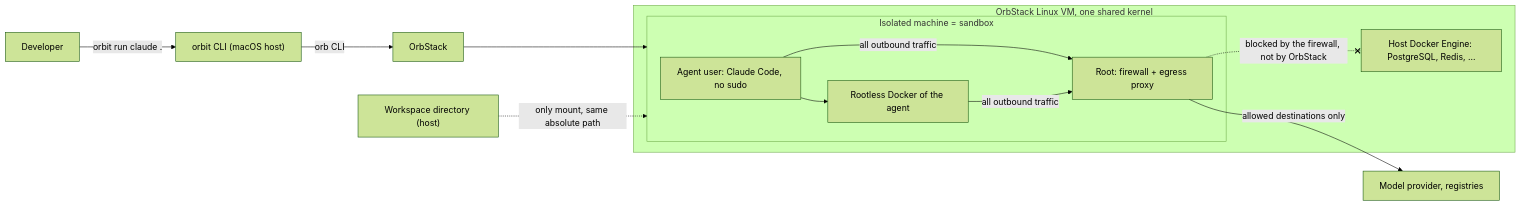
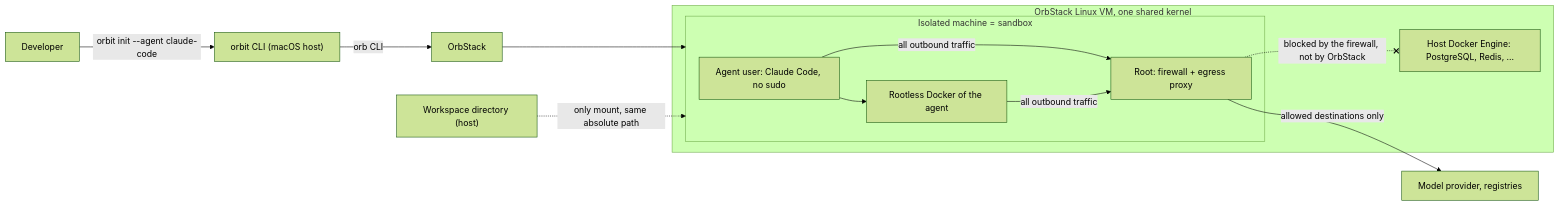
One commit to cultofthecode/orbit changed the diagram in ARCHITECTURE.md. Above: the diagram before and after it, drawn with Mermaid (forest theme). The commit also changed other lines of this file and 4 other files, not shown here.

````diff
--- a/ARCHITECTURE.md
+++ b/ARCHITECTURE.md
@@ -13,20 +13,20 @@
 ```mermaid
 flowchart LR
-  user["Developer"] -->|"orbit run claude ."| cli["orbit CLI (macOS host)"]
+  user["Developer"] -->|"orbit init --agent claude-code"| cli["orbit CLI (macOS host)"]
   cli -->|"orb CLI"| orb["OrbStack"]
   subgraph vm["OrbStack Linux VM, one shared kernel"]
     subgraph m["Isolated machine = sandbox"]
       agent["Agent user: Claude Code, no sudo"]
       dockerd["Rootless Docker of the agent"]
       fw["Root: firewall + egress proxy"]
       agent --> dockerd
       agent -->|"all outbound traffic"| fw
       dockerd -->|"all outbound traffic"| fw
     end
     hostengine["Host Docker Engine: PostgreSQL, Redis, ..."]
   end
   orb --> m
   ws["Workspace directory (host)"] -. "only mount, same absolute path" .-> m
   fw -->|"allowed destinations only"| internet["Model provider, registries"]
   fw -. "blocked by the firewall, not by OrbStack" .-x hostengine
 ```
````
